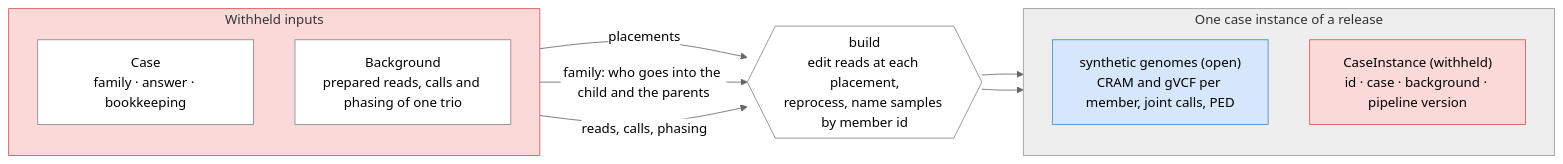
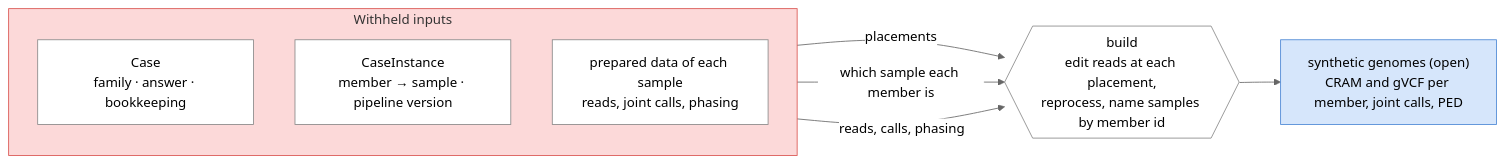
Before and after one commit to populationgenomics/rare-disease-benchmark: the second of 4 diagrams in docs/schema.md, drawn with Mermaid (neutral theme). The commit also changed other lines of this file and 9 other files, not shown here.

First line of the commit message:
schema: map case members to real samples

````diff
--- a/docs/schema.md
+++ b/docs/schema.md
@@ -206,28 +203,22 @@
 ```mermaid
 flowchart LR
     subgraph IN["Withheld inputs"]
         direction TB
         CASE["Case<br/>family · answer · bookkeeping"]
-        BG["Background<br/>prepared reads, calls and phasing of one trio"]
+        INST["CaseInstance<br/>member → sample · pipeline version"]
+        DATA["prepared data of each sample<br/>reads, joint calls, phasing"]
     end
 
     BUILD{{"build<br/>edit reads at each placement,<br/>reprocess, name samples by member id"}}
 
-    subgraph OUT["One case instance of a release"]
-        direction TB
-        FILES["synthetic genomes (open)<br/>CRAM and gVCF per member, joint calls, PED"]
-        INST["CaseInstance (withheld)<br/>id · case · background · pipeline version"]
-    end
+    FILES["synthetic genomes (open)<br/>CRAM and gVCF per member, joint calls, PED"]
 
     CASE -- "placements" --> BUILD
-    CASE -- "family: who goes into the child and the parents" --> BUILD
-    BG -- "reads, calls, phasing" --> BUILD
+    INST -- "which sample each member is" --> BUILD
+    DATA -- "reads, calls, phasing" --> BUILD
     BUILD --> FILES
-    BUILD --> INST
 
     classDef default fill:#ffffff,stroke:#888888
     style IN fill:#fcd9d9,stroke:#d9534f
-    style OUT fill:#eeeeee,stroke:#999999
     style FILES fill:#d6e6fb,stroke:#4a86d4
-    style INST fill:#fcd9d9,stroke:#d9534f
 ```
````
